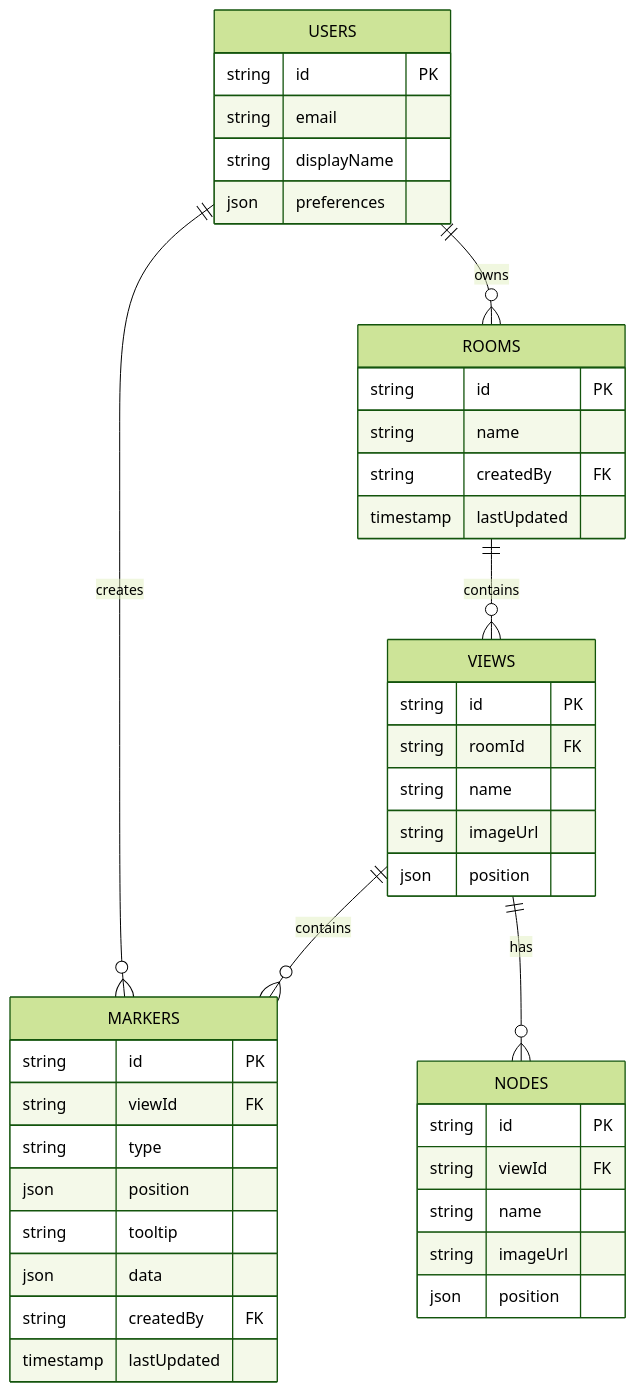
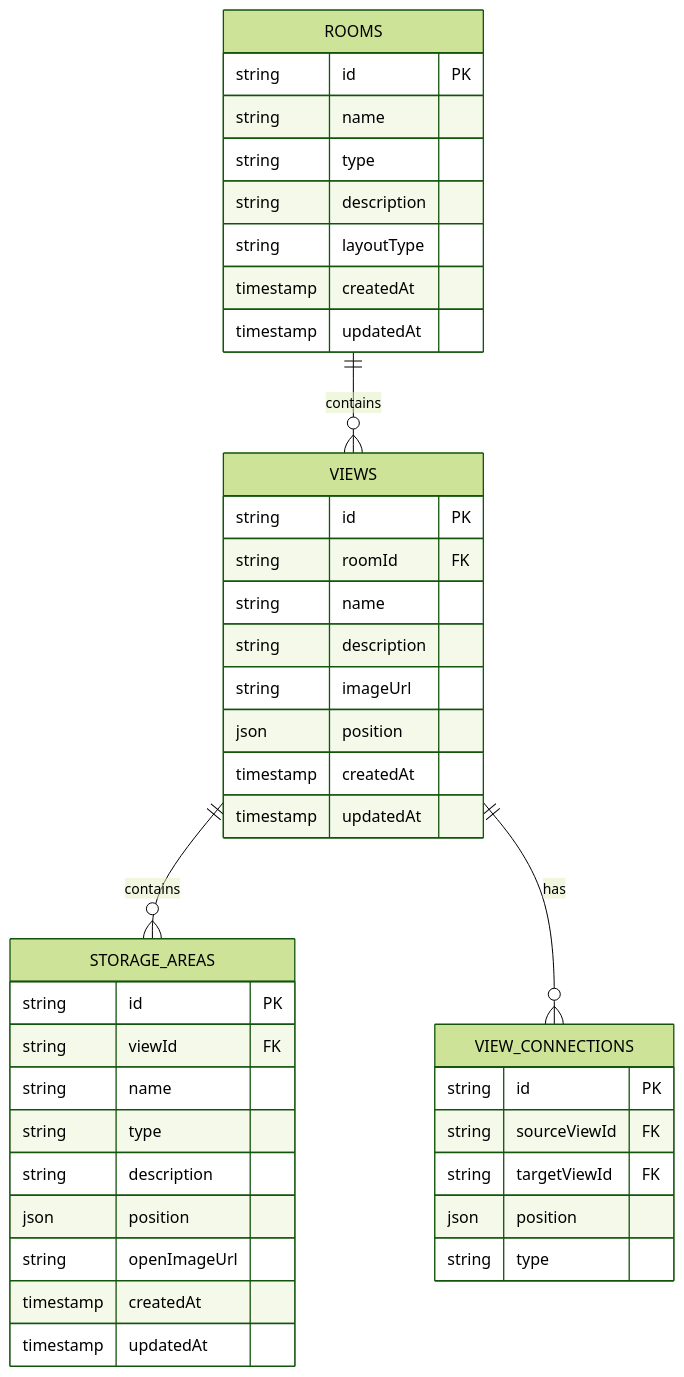
Before and after one commit to straiforos/kitchen-360: the second of 9 diagrams in docs/ARCHITECTURE.md, drawn with Mermaid (forest theme). The commit also changed other lines of this file and 1 other file, not shown here.

First line of the commit message:
Enhance architecture documentation with StorageArea and ViewConnection models

````diff
--- a/docs/ARCHITECTURE.md
+++ b/docs/ARCHITECTURE.md
@@ -91,49 +101,47 @@
 ```mermaid
 erDiagram
     ROOMS ||--o{ VIEWS : contains
-    VIEWS ||--o{ MARKERS : contains
-    VIEWS ||--o{ NODES : has
-    USERS ||--o{ ROOMS : owns
-    USERS ||--o{ MARKERS : creates
+    VIEWS ||--o{ STORAGE_AREAS : contains
+    VIEWS ||--o{ VIEW_CONNECTIONS : has
 
     ROOMS {
         string id PK
         string name
-        string createdBy FK
-        timestamp lastUpdated
+        string type
+        string description
+        string layoutType
+        timestamp createdAt
+        timestamp updatedAt
     }
 
     VIEWS {
         string id PK
         string roomId FK
         string name
+        string description
         string imageUrl
         json position
+        timestamp createdAt
+        timestamp updatedAt
     }
 
-    MARKERS {
-        string id PK
-        string viewId FK
-        string type
-        json position
-        string tooltip
-        json data
-        string createdBy FK
-        timestamp lastUpdated
-    }
-
-    NODES {
+    STORAGE_AREAS {
         string id PK
         string viewId FK
         string name
-        string imageUrl
+        string type
+        string description
         json position
+        string openImageUrl
+        timestamp createdAt
+        timestamp updatedAt
     }
 
-    USERS {
+    VIEW_CONNECTIONS {
         string id PK
-        string email
-        string displayName
-        json preferences
+        string sourceViewId FK
+        string targetViewId FK
+        json position
+        string type
     }
 ```
````
